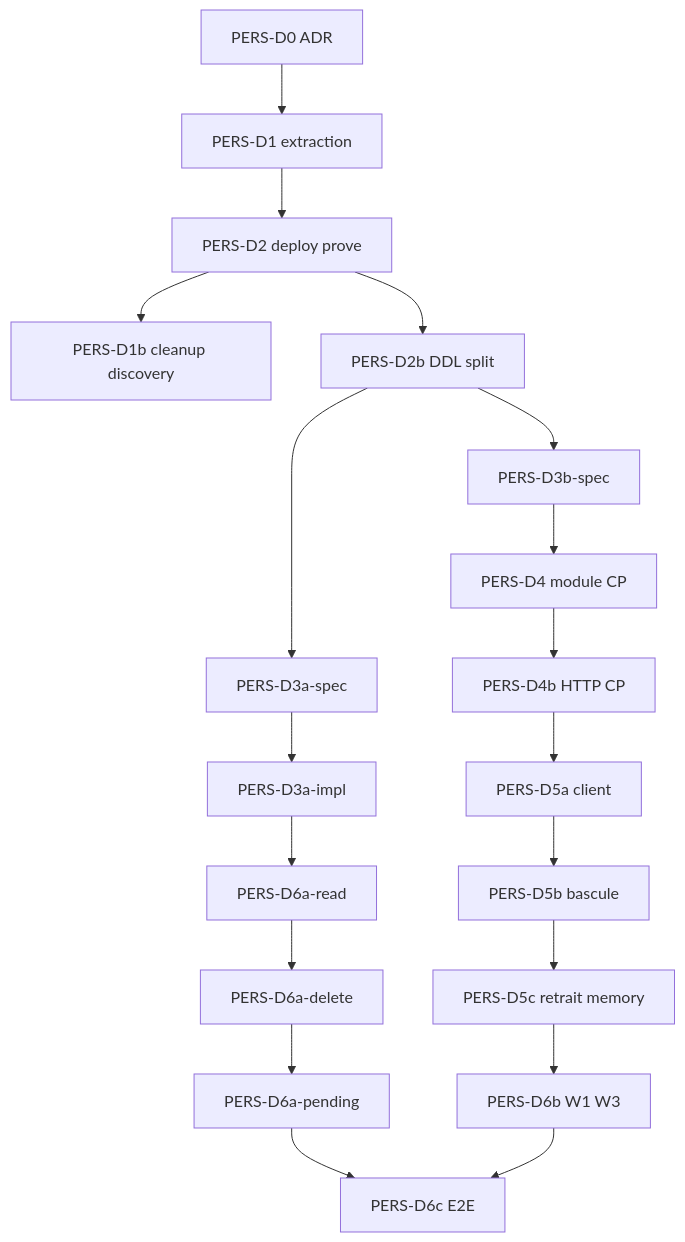
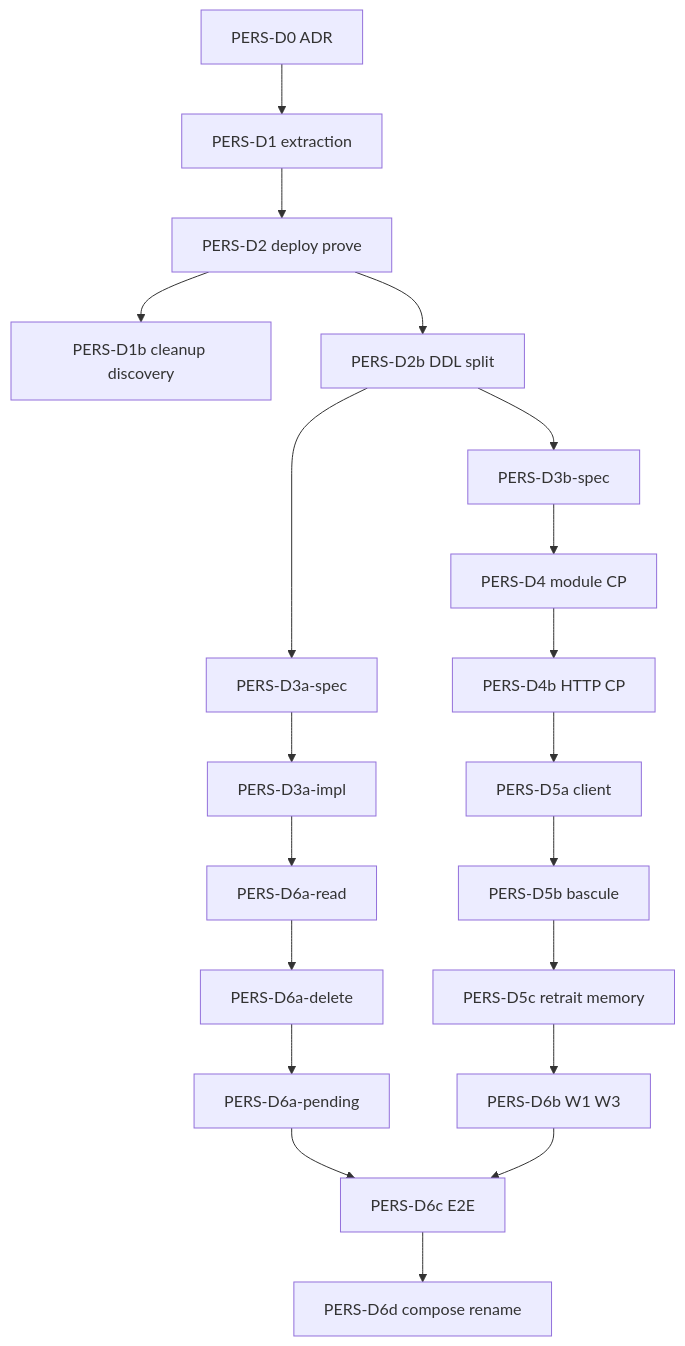
The third of 3 diagrams in docs/ADR/ADR_20260622_persistence.md (create2-labs/cafe-discovery), drawn with Mermaid before and after one commit. The commit also changed other lines of this file and 3 other files, not shown here.

Commit message:
docs: reflect PERS-D6d compose service rename (#110)

````diff
--- a/docs/ADR/ADR_20260622_persistence.md
+++ b/docs/ADR/ADR_20260622_persistence.md
@@ -688,21 +689,22 @@
 ```mermaid
 flowchart TD
   D0[PERS-D0 ADR] --> D1[PERS-D1 extraction]
   D1 --> D2[PERS-D2 deploy prove]
   D2 --> D1b[PERS-D1b cleanup discovery]
   D2 --> D2b[PERS-D2b DDL split]
   D2b --> D3aS[PERS-D3a-spec]
   D2b --> D3bS[PERS-D3b-spec]
   D3aS --> D3aI[PERS-D3a-impl]
   D3bS --> D4[PERS-D4 module CP]
   D4 --> D4b[PERS-D4b HTTP CP]
   D4b --> D5a[PERS-D5a client]
   D5a --> D5b[PERS-D5b bascule]
   D5b --> D5c[PERS-D5c retrait memory]
   D3aI --> D6r[PERS-D6a-read]
   D6r --> D6d[PERS-D6a-delete]
   D6d --> D6p[PERS-D6a-pending]
   D5c --> D6b[PERS-D6b W1 W3]
   D6p --> D6c[PERS-D6c E2E]
   D6b --> D6c
+  D6c --> D6dR[PERS-D6d compose rename]
 ```
````
